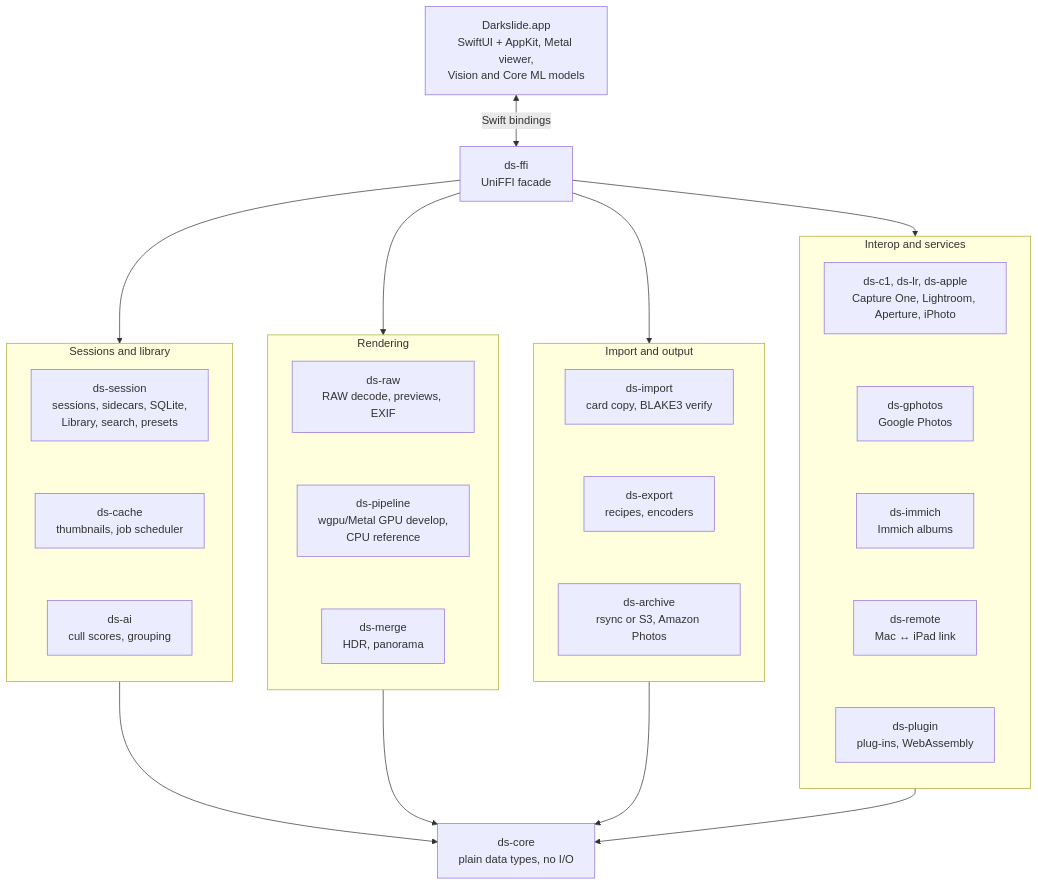
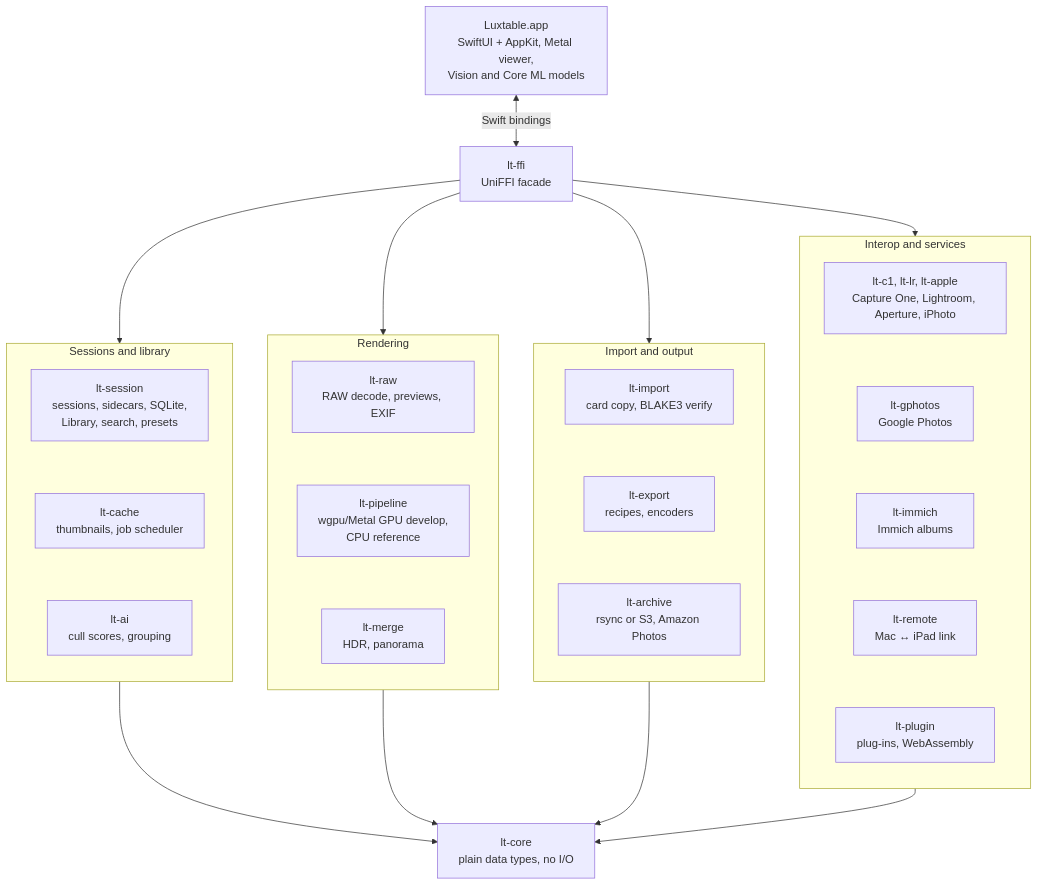
The first of 4 diagrams in README.md (sbaillar/darkslide), drawn with Mermaid before and after one commit. The commit also changed other lines of this file and 2092 other files, not shown here.

First line of the commit message:
Release v0.2.0: Darkslide is now Luxtable

````diff
--- a/README.md
+++ b/README.md
@@ -224,26 +225,26 @@
 ```mermaid
 flowchart TD
-    App["Darkslide.app<br/>SwiftUI + AppKit, Metal viewer,<br/>Vision and Core ML models"]
-    FFI["ds-ffi<br/>UniFFI facade"]
+    App["Luxtable.app<br/>SwiftUI + AppKit, Metal viewer,<br/>Vision and Core ML models"]
+    FFI["lt-ffi<br/>UniFFI facade"]
     App <-->|"Swift bindings"| FFI
     FFI --> Library & Render & Flow & Connect
 
     subgraph Library["Sessions and library"]
         direction TB
-        Session["ds-session<br/>sessions, sidecars, SQLite,<br/>Library, search, presets"] ~~~ Cache["ds-cache<br/>thumbnails, job scheduler"] ~~~ AI["ds-ai<br/>cull scores, grouping"]
+        Session["lt-session<br/>sessions, sidecars, SQLite,<br/>Library, search, presets"] ~~~ Cache["lt-cache<br/>thumbnails, job scheduler"] ~~~ AI["lt-ai<br/>cull scores, grouping"]
     end
     subgraph Render["Rendering"]
         direction TB
-        Raw["ds-raw<br/>RAW decode, previews, EXIF"] ~~~ Pipeline["ds-pipeline<br/>wgpu/Metal GPU develop,<br/>CPU reference"] ~~~ Merge["ds-merge<br/>HDR, panorama"]
+        Raw["lt-raw<br/>RAW decode, previews, EXIF"] ~~~ Pipeline["lt-pipeline<br/>wgpu/Metal GPU develop,<br/>CPU reference"] ~~~ Merge["lt-merge<br/>HDR, panorama"]
     end
     subgraph Flow["Import and output"]
         direction TB
-        Import["ds-import<br/>card copy, BLAKE3 verify"] ~~~ Export["ds-export<br/>recipes, encoders"] ~~~ Archive["ds-archive<br/>rsync or S3, Amazon Photos"]
+        Import["lt-import<br/>card copy, BLAKE3 verify"] ~~~ Export["lt-export<br/>recipes, encoders"] ~~~ Archive["lt-archive<br/>rsync or S3, Amazon Photos"]
     end
     subgraph Connect["Interop and services"]
         direction TB
-        Interop["ds-c1, ds-lr, ds-apple<br/>Capture One, Lightroom, Aperture, iPhoto"] ~~~ GPhotos["ds-gphotos<br/>Google Photos"] ~~~ Immich["ds-immich<br/>Immich albums"] ~~~ Remote["ds-remote<br/>Mac ↔ iPad link"] ~~~ Plugin["ds-plugin<br/>plug-ins, WebAssembly"]
+        Interop["lt-c1, lt-lr, lt-apple<br/>Capture One, Lightroom, Aperture, iPhoto"] ~~~ GPhotos["lt-gphotos<br/>Google Photos"] ~~~ Immich["lt-immich<br/>Immich albums"] ~~~ Remote["lt-remote<br/>Mac ↔ iPad link"] ~~~ Plugin["lt-plugin<br/>plug-ins, WebAssembly"]
     end
 
-    Library & Render & Flow & Connect --> Core["ds-core<br/>plain data types, no I/O"]
+    Library & Render & Flow & Connect --> Core["lt-core<br/>plain data types, no I/O"]
 ```
````
